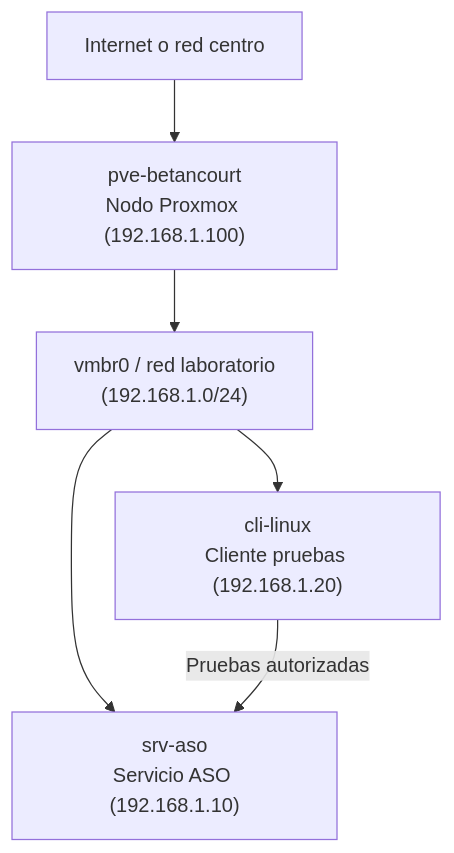
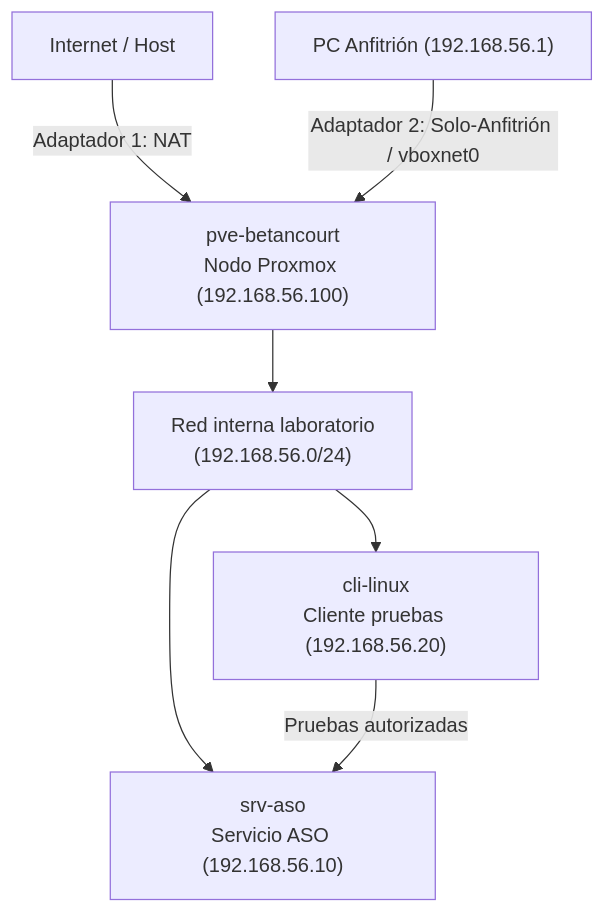
Before and after one commit to camilo677/pi-proxmox-betancourt-camilo: the diagram in docs/02-diagrama-red.md, drawn with Mermaid. The commit also changed other lines of this file, not shown here.

````diff
--- a/docs/02-diagrama-red.md
+++ b/docs/02-diagrama-red.md
@@ -47,8 +47,9 @@
 ```mermaid
 graph TD
-    A["Internet o red centro"] --> B["pve-betancourt<br>Nodo Proxmox (192.168.1.100)"]
-    B --> C["vmbr0 / red laboratorio<br>(192.168.1.0/24)"]
-    C --> D["cli-linux<br>Cliente pruebas (192.168.1.20)"]
-    C --> E["srv-aso<br>Servicio ASO (192.168.1.10)"]
-    D -- "Pruebas autorizadas" --> E
+    A["Internet / Host"] -->|Adaptador 1: NAT| B["pve-betancourt<br>Nodo Proxmox (192.168.56.100)"]
+    C["PC Anfitrión (192.168.56.1)"] -->|Adaptador 2: Solo-Anfitrión / vboxnet0| B
+    B --> D["Red interna laboratorio<br>(192.168.56.0/24)"]
+    D --> E["cli-linux<br>Cliente pruebas (192.168.56.20)"]
+    D --> F["srv-aso<br>Servicio ASO (192.168.56.10)"]
+    E -- "Pruebas autorizadas" --> F
 ```
````
